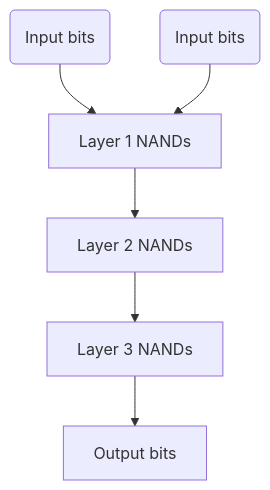
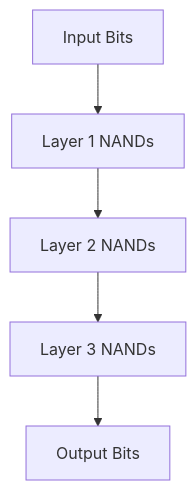
Before and after one commit to guinamen/NeuralNand: the second of 4 diagrams in README.md, drawn with Mermaid. The commit also changed other lines of this file, not shown here.

````diff
--- a/README.md
+++ b/README.md
@@ -72,18 +81,14 @@
 ``` mermaid
 graph TD
 
-I1(Input bits)
-I2(Input bits)
-
-L1[Layer 1 NANDs]
-L2[Layer 2 NANDs]
-L3[Layer 3 NANDs]
-
-O[Output bits]
+I1["Input Bits"]
+L1["Layer 1 NANDs"]
+L2["Layer 2 NANDs"]
+L3["Layer 3 NANDs"]
+O["Output Bits"]
 
 I1 --> L1
-I2 --> L1
 L1 --> L2
 L2 --> L3
 L3 --> O
 ```
````
